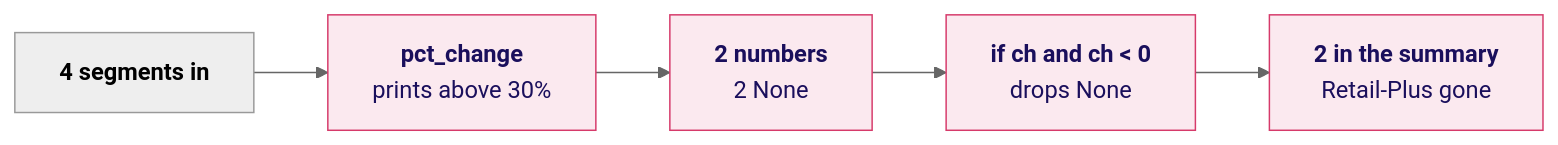
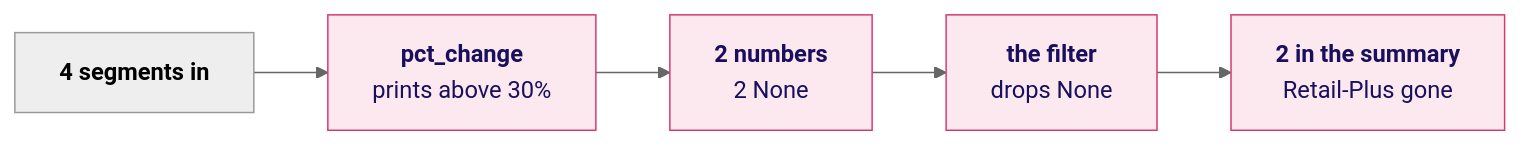
Before and after one commit to fde-academy-lab/c2-content-factory: diagram 25 of 26 in content/W01/D2/slides/C2_W01_D02_half1_STUDENT.md, drawn with Mermaid (neutral theme). The commit also changed other lines of this file and 31 other files, not shown here.

````diff
--- a/content/W01/D2/slides/C2_W01_D02_half1_STUDENT.md
+++ b/content/W01/D2/slides/C2_W01_D02_half1_STUDENT.md
@@ -1184,9 +1184,9 @@
 ```mermaid
 flowchart LR
     A["<b>4 segments in</b>"] --> B["<b>pct_change</b><br/>prints above 30%"]
     B --> C["<b>2 numbers</b><br/>2 None"]
-    C --> D["<b>if ch and ch &lt; 0</b><br/>drops None"]
+    C --> D["<b>the filter</b><br/>drops None"]
     D --> E["<b>2 in the summary</b><br/>Retail-Plus gone"]
     classDef bad fill:#FBE9EF,stroke:#D63A6A,color:#1A0F5C
     class B,C,D,E bad
 ```
````
